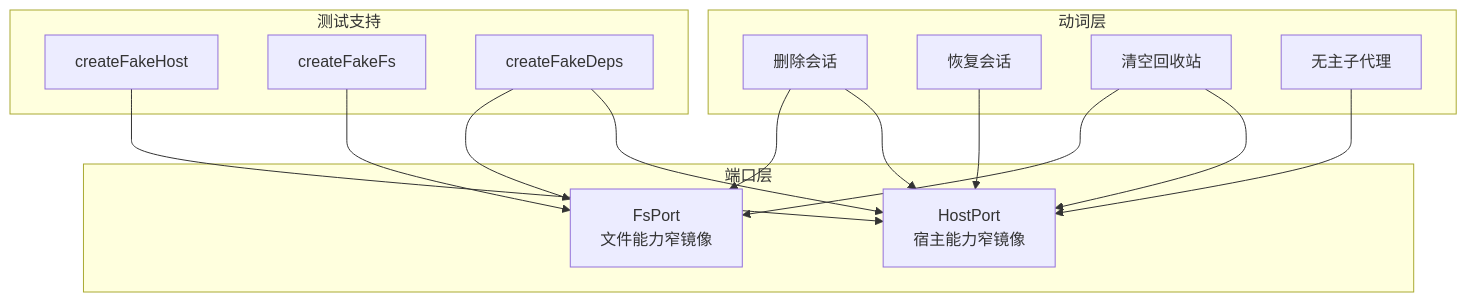
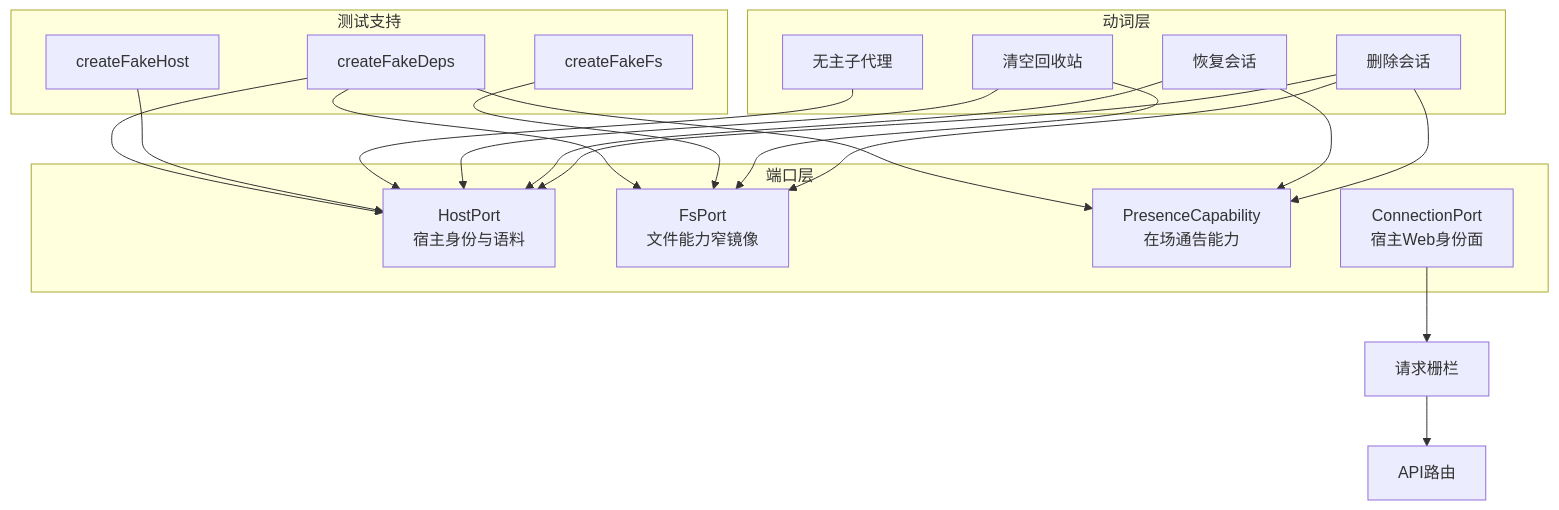
The first of 6 diagrams in .qoder/repowiki/zh/content/端口适配与宿主集成.md (xrn1997/dsh-session-delete), drawn with Mermaid before and after one commit. The commit also changed other lines of this file and 36 other files, not shown here.

````diff
--- a/.qoder/repowiki/zh/content/端口适配与宿主集成.md
+++ b/.qoder/repowiki/zh/content/端口适配与宿主集成.md
@@ -34,32 +43,40 @@
 ```mermaid
 graph TB
   subgraph "端口层"
-    HostPort["HostPort<br/>宿主能力窄镜像"]
+    HostPort["HostPort<br/>宿主身份与语料"]
     FsPort["FsPort<br/>文件能力窄镜像"]
+    Presence["PresenceCapability<br/>在场通告能力"]
+    Connection["ConnectionPort<br/>宿主Web身份面"]
   end
 
   subgraph "动词层"
     DeleteSession["删除会话"]
     RestoreSession["恢复会话"]
     PurgeTrash["清空回收站"]
     OrphanSubagents["无主子代理"]
   end
 
   subgraph "测试支持"
     FakeHost["createFakeHost"]
     FakeFs["createFakeFs"]
     FakeDeps["createFakeDeps"]
   end
 
   DeleteSession --> HostPort
   DeleteSession --> FsPort
+  DeleteSession --> Presence
   RestoreSession --> HostPort
+  RestoreSession --> Presence
   PurgeTrash --> HostPort
   PurgeTrash --> FsPort
   OrphanSubagents --> HostPort
 
   FakeHost --> HostPort
   FakeFs --> FsPort
   FakeDeps --> HostPort
   FakeDeps --> FsPort
+  FakeDeps --> Presence
+
+  Connection --> RequestTrust["请求栅栏"]
+  RequestTrust --> API["API路由"]
 ```
````
